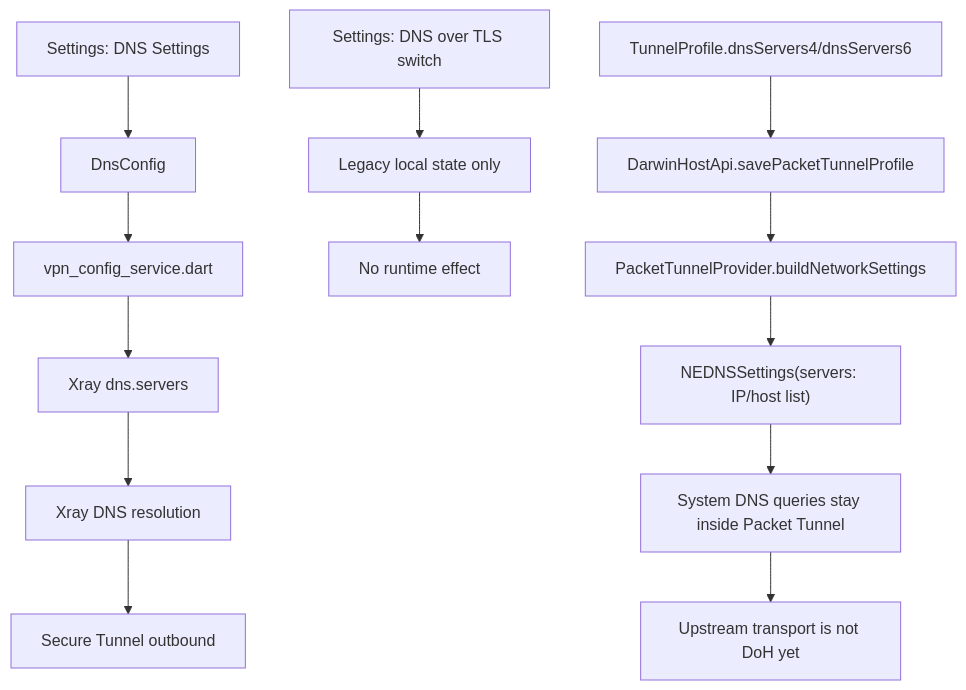
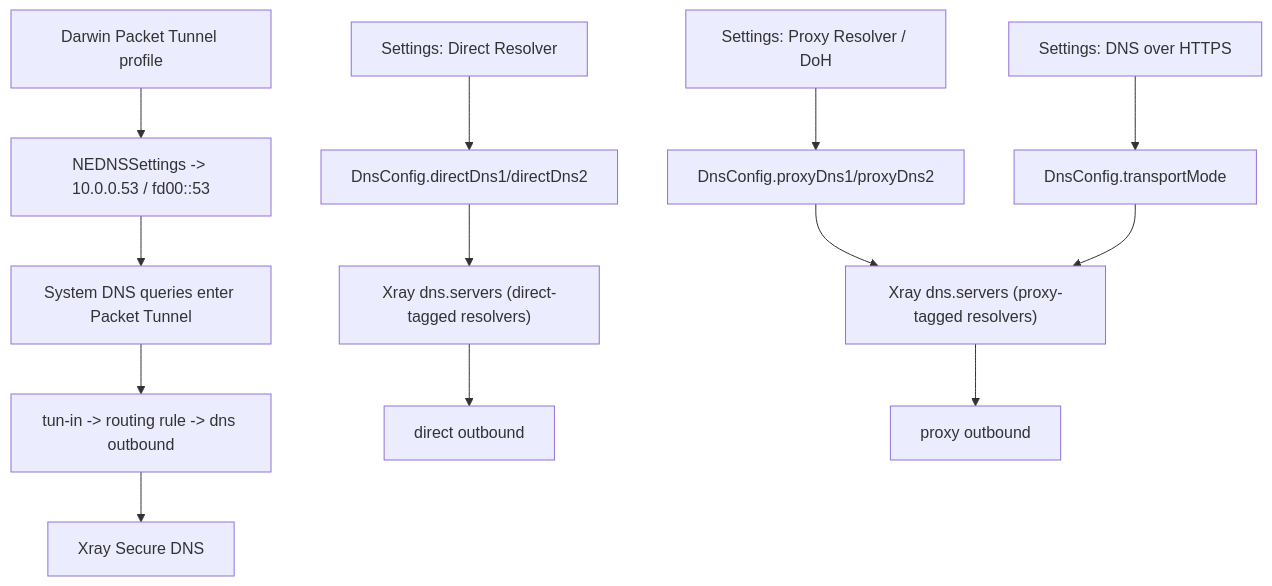
Before and after one commit to cloud-neutral-toolkit/xstream.svc.plus: the first of 3 diagrams in docs/dns-secure-tunnel-design.md, drawn with Mermaid. The commit also changed other lines of this file and 8 other files, not shown here.

Commit message:
Add Darwin local secure DNS routing

````diff
--- a/docs/dns-secure-tunnel-design.md
+++ b/docs/dns-secure-tunnel-design.md
@@ -38,17 +85,18 @@
 ```mermaid
 flowchart TD
-    A["Settings: DNS Settings"] --> B["DnsConfig"]
-    B --> C["vpn_config_service.dart"]
-    C --> D["Xray dns.servers"]
-    D --> E["Xray DNS resolution"]
-    E --> F["Secure Tunnel outbound"]
+    A["Settings: Direct Resolver"] --> B["DnsConfig.directDns1/directDns2"]
+    A2["Settings: Proxy Resolver / DoH"] --> C["DnsConfig.proxyDns1/proxyDns2"]
+    A3["Settings: DNS over HTTPS"] --> D["DnsConfig.transportMode"]
 
-    G["Settings: DNS over TLS switch"] --> H["Legacy local state only"]
-    H --> I["No runtime effect"]
+    B --> E["Xray dns.servers (direct-tagged resolvers)"]
+    C --> F["Xray dns.servers (proxy-tagged resolvers)"]
+    D --> F
 
-    J["TunnelProfile.dnsServers4/dnsServers6"] --> K["DarwinHostApi.savePacketTunnelProfile"]
-    K --> L["PacketTunnelProvider.buildNetworkSettings"]
-    L --> M["NEDNSSettings(servers: IP/host list)"]
-    M --> N["System DNS queries stay inside Packet Tunnel"]
-    N --> O["Upstream transport is not DoH yet"]
+    G["Darwin Packet Tunnel profile"] --> H["NEDNSSettings -> 10.0.0.53 / fd00::53"]
+    H --> I["System DNS queries enter Packet Tunnel"]
+    I --> J["tun-in -> routing rule -> dns outbound"]
+    J --> K["Xray Secure DNS"]
+
+    E --> L["direct outbound"]
+    F --> M["proxy outbound"]
 ```
````
